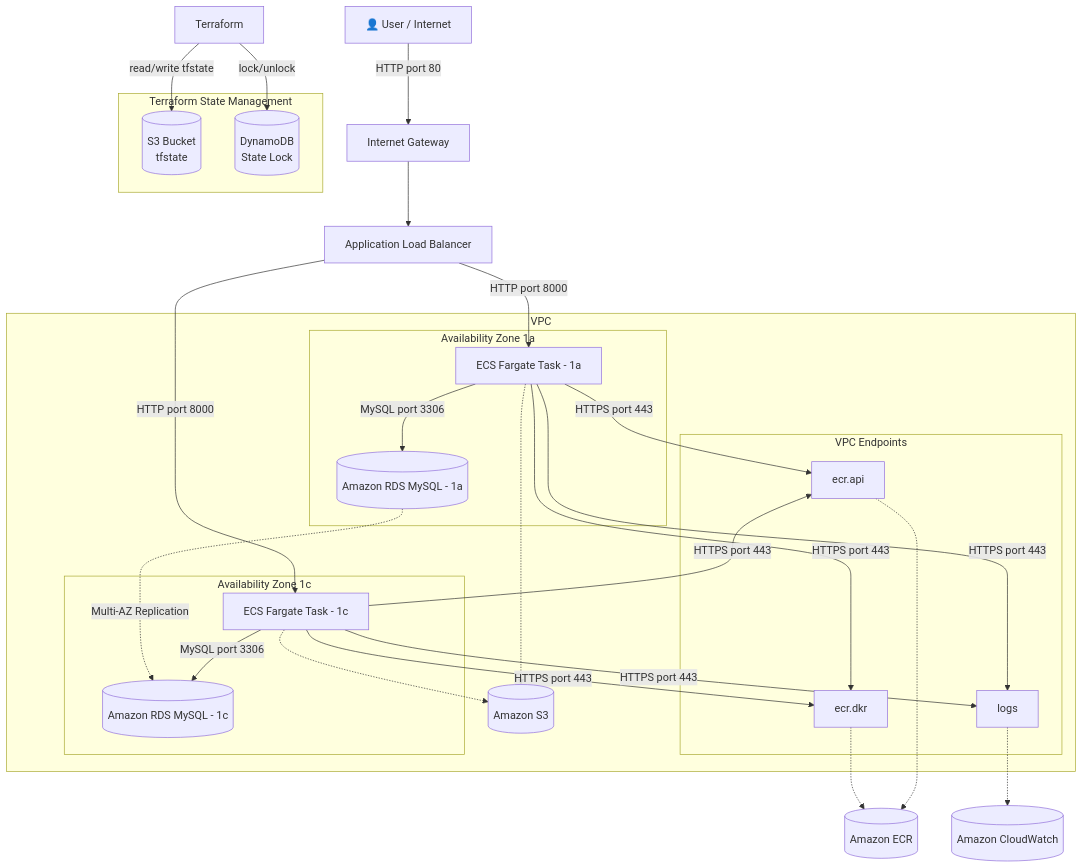
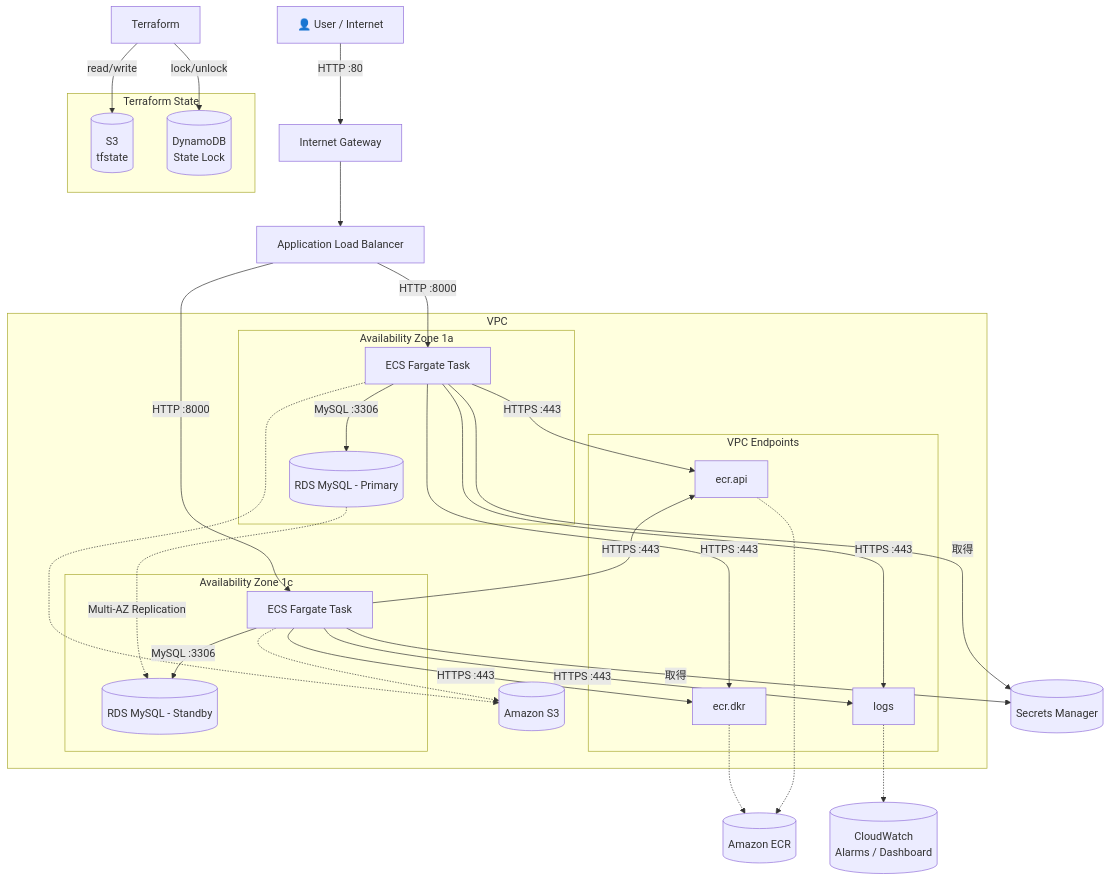
The diagram in README.md (makotonic999/aws-standard-3tier-architecture), drawn with Mermaid before and after one commit. The commit also changed other lines of this file and 8 other files, not shown here.

````diff
--- a/README.md
+++ b/README.md
@@ -75,80 +114,67 @@
 ```mermaid
 graph TD
-    %% コンポーネントの定義
     User[👤 User / Internet]
     IGW[Internet Gateway]
     ALB[Application Load Balancer]
 
     subgraph VPC [VPC]
-        %% VPCエンドポイントを中央に配置するためのサブグラフ
         subgraph VPCE [VPC Endpoints]
             ECR_API[ecr.api]
             ECR_DKR[ecr.dkr]
             LOGS[logs]
         end
 
-        %% S3をVPCEの直下に配置
         AWS_S3[(Amazon S3)]
 
-        %% --- 1aのエリア ---
         subgraph AZ_1a [Availability Zone 1a]
-            Fargate1[ECS Fargate Task - 1a]
-            RDS_1a[(Amazon RDS MySQL - 1a)]
+            Fargate1[ECS Fargate Task]
+            RDS_1a[(RDS MySQL - Primary)]
         end
-        
-        %% --- 1cのエリア ---
+
         subgraph AZ_1c [Availability Zone 1c]
-            Fargate2[ECS Fargate Task - 1c]
-            RDS_1c[(Amazon RDS MySQL - 1c)]
+            Fargate2[ECS Fargate Task]
+            RDS_1c[(RDS MySQL - Standby)]
         end
     end
 
+    SecretsManager[(Secrets Manager)]
     AWS_ECR[(Amazon ECR)]
-    AWS_CW[(Amazon CloudWatch)]
+    AWS_CW[(CloudWatch\nAlarms / Dashboard)]
 
-    subgraph TFSTATE [Terraform State Management]
-        S3_TFSTATE[(S3 Bucket\ntfstate)]
+    subgraph TFSTATE [Terraform State]
+        S3_TFSTATE[(S3\ntfstate)]
         DYNAMO[(DynamoDB\nState Lock)]
     end
 
-    %% --- 通信の流れ ---
-    User -->|HTTP port 80| IGW
+    User -->|HTTP :80| IGW
     IGW --> ALB
-    
-    ALB -->|HTTP port 8000| Fargate1
-    ALB -->|HTTP port 8000| Fargate2
+    ALB -->|HTTP :8000| Fargate1
+    ALB -->|HTTP :8000| Fargate2
 
-    %% アプリからDBへのセキュアな通信
-    Fargate1 -->|MySQL port 3306| RDS_1a
-    Fargate2 -->|MySQL port 3306| RDS_1c
-    
-    %% RDS間のマルチAZ同期
+    Fargate1 -->|MySQL :3306| RDS_1a
+    Fargate2 -->|MySQL :3306| RDS_1c
     RDS_1a -. Multi-AZ Replication .-> RDS_1c
 
-    %% 1a, 1c両方からエンドポイントを経由する流れ
-    Fargate1 -->|HTTPS port 443| ECR_API
-    Fargate1 -->|HTTPS port 443| ECR_DKR
-    Fargate1 -->|HTTPS port 443| LOGS
+    Fargate1 -->|HTTPS :443| ECR_API
+    Fargate1 -->|HTTPS :443| ECR_DKR
+    Fargate1 -->|HTTPS :443| LOGS
+    Fargate2 -->|HTTPS :443| ECR_API
+    Fargate2 -->|HTTPS :443| ECR_DKR
+    Fargate2 -->|HTTPS :443| LOGS
 
-    Fargate2 -->|HTTPS port 443| ECR_API
-    Fargate2 -->|HTTPS port 443| ECR_DKR
-    Fargate2 -->|HTTPS port 443| LOGS
+    Fargate1 -->|取得| SecretsManager
+    Fargate2 -->|取得| SecretsManager
 
-    %% エンドポイントからAWS各サービスへ
     ECR_API -.-> AWS_ECR
     ECR_DKR -.-> AWS_ECR
     LOGS -.-> AWS_CW
-    
-    %% FargateからS3へ（点線で表現）
     Fargate1 -.-> AWS_S3
     Fargate2 -.-> AWS_S3
 
-    %% TerraformからState管理へ
-    Terraform -->|read/write tfstate| S3_TFSTATE
+    Terraform -->|read/write| S3_TFSTATE
     Terraform -->|lock/unlock| DYNAMO
 
-    %% --- レイアウト調整用の不可視リンク ---
     VPCE ~~~ AWS_S3
     AZ_1a ~~~ VPCE
     VPCE ~~~ AZ_1c
 ```
````
